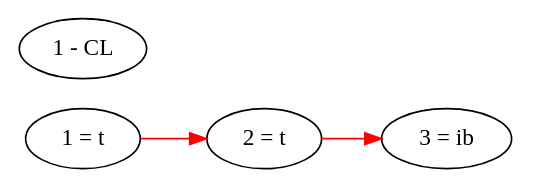
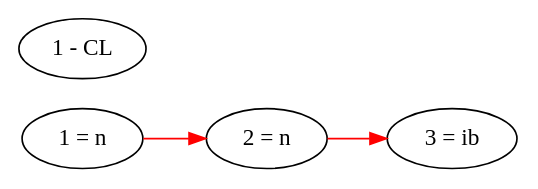
The diagram in data/grammar/rules/linear_chain_05.dot (nossidge/zelda), drawn with Graphviz before and after one commit. The commit also changed 6 other files, not shown here.

```diff
--- a/data/grammar/rules/linear_chain_05.dot
+++ b/data/grammar/rules/linear_chain_05.dot
@@ -1,18 +1,18 @@
 digraph linear_chain_05 {
 
 
   # Weirdly, if you specify horizontal direction, you
   #   have to put the new nodes before the old nodes.
   rankdir="LR";
 
 
   # New node relations.
-  "1 = t" -> "2 = t"  [color = red]
-  "2 = t" -> "3 = ib" [color = red]
+  "1 = n" -> "2 = n"  [color = red]
+  "2 = n" -> "3 = ib" [color = red]
 
 
   # Old node relations.
   "1 - CL"
 
 
 }
```
